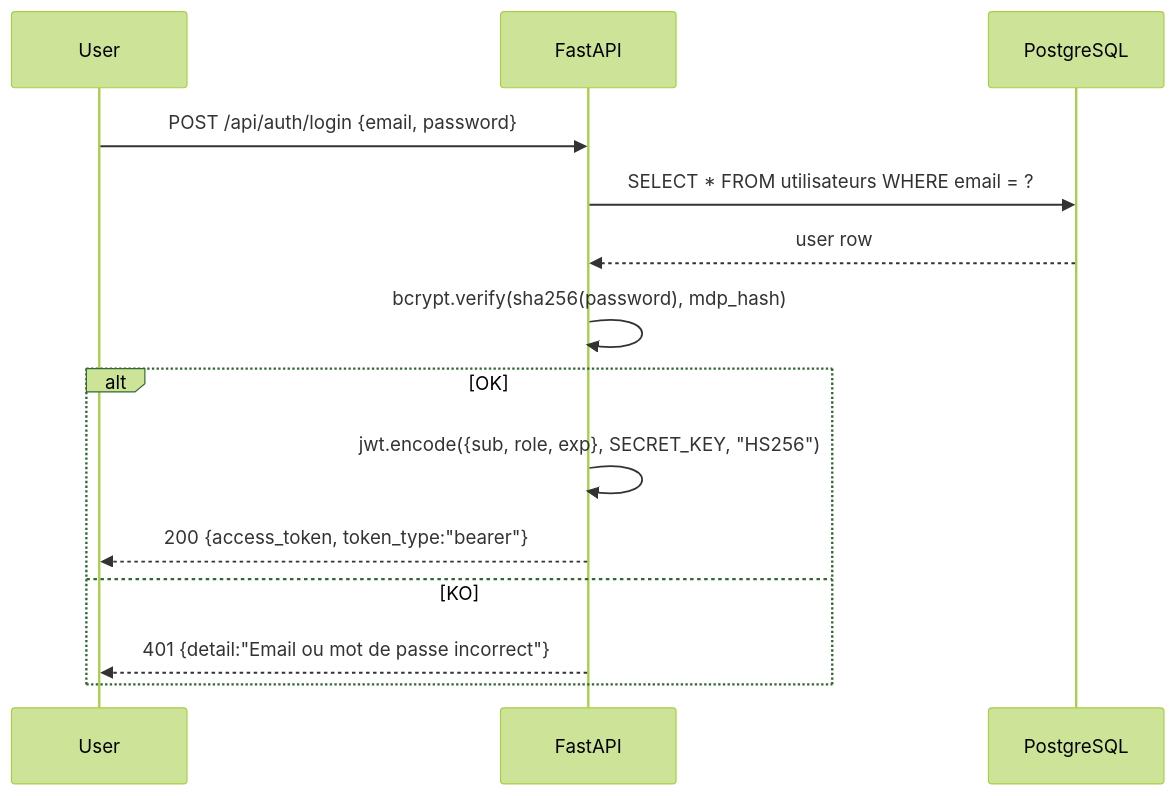
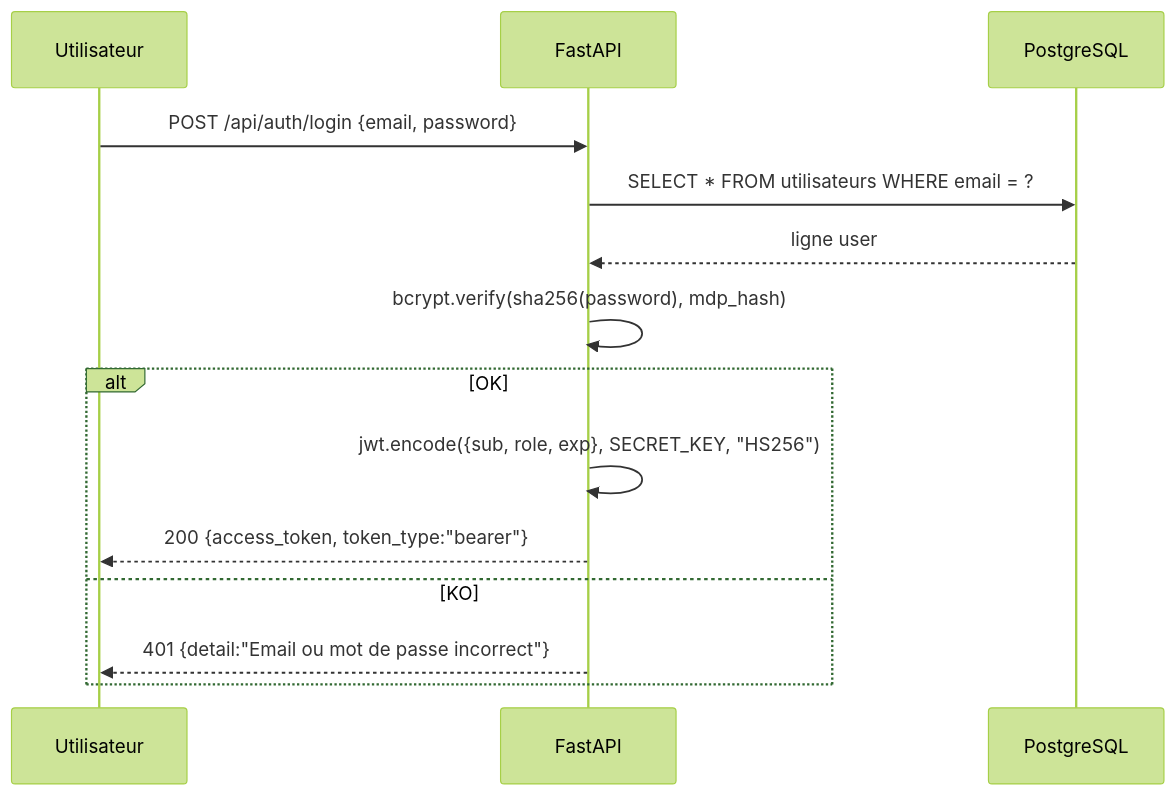
The first of 2 diagrams in docs/security.md (t4lhawi/MedAssist-AI), drawn with Mermaid (forest theme) before and after one commit. The commit also changed other lines of this file and 9 other files, not shown here.

````diff
--- a/docs/security.md
+++ b/docs/security.md
@@ -29,17 +29,17 @@
 ```mermaid
 sequenceDiagram
-  participant U as User
+  participant U as Utilisateur
   participant API as FastAPI
   participant DB as PostgreSQL
 
   U->>API: POST /api/auth/login {email, password}
   API->>DB: SELECT * FROM utilisateurs WHERE email = ?
-  DB-->>API: user row
+  DB-->>API: ligne user
   API->>API: bcrypt.verify(sha256(password), mdp_hash)
   alt OK
     API->>API: jwt.encode({sub, role, exp}, SECRET_KEY, "HS256")
     API-->>U: 200 {access_token, token_type:"bearer"}
   else KO
     API-->>U: 401 {detail:"Email ou mot de passe incorrect"}
   end
 ```
````
